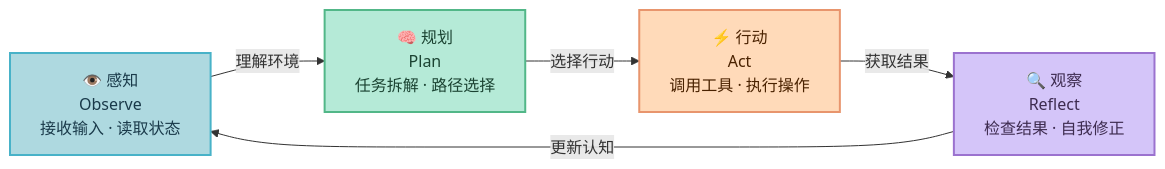
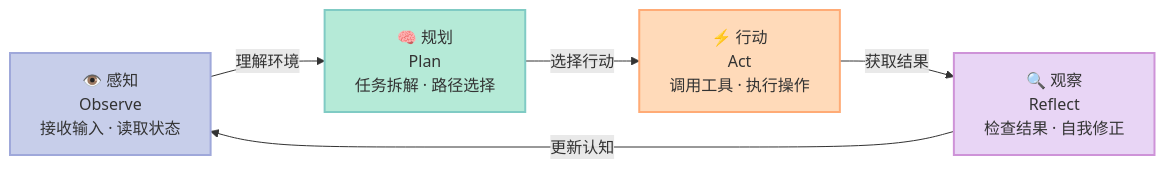
One commit to xuqi2024/xuqi2024.github.io changed the first of 5 diagrams in source/_posts/2026-04-14-ai-agent-principles-and-practice.md. Above: the diagram before and after it, drawn with Mermaid. The commit also changed other lines of this file and 23 other files, not shown here.

````diff
--- a/source/_posts/2026-04-14-ai-agent-principles-and-practice.md
+++ b/source/_posts/2026-04-14-ai-agent-principles-and-practice.md
@@ -45,17 +46,17 @@
 ```mermaid
 graph LR
     OB["👁️ 感知<br/>Observe<br/>接收输入 · 读取状态"]
     PL["🧠 规划<br/>Plan<br/>任务拆解 · 路径选择"]
     AC["⚡ 行动<br/>Act<br/>调用工具 · 执行操作"]
     RF["🔍 观察<br/>Reflect<br/>检查结果 · 自我修正"]
 
     OB -->|"理解环境"| PL
     PL -->|"选择行动"| AC
     AC -->|"获取结果"| RF
     RF -->|"更新认知"| OB
 
-    style OB fill:#AED9E0,color:#1A3A4A,stroke:#48B2C8,stroke-width:2px
-    style PL fill:#B5EAD7,color:#1B4332,stroke:#52B788,stroke-width:2px
-    style AC fill:#FFDAB9,color:#4A2200,stroke:#E8956D,stroke-width:2px
-    style RF fill:#D4C5F9,color:#3D2B4F,stroke:#9B72CF,stroke-width:2px
+    style OB fill:#C7CEEA,color:#333,stroke:#9FA8DA,stroke-width:2px
+    style PL fill:#B5EAD7,color:#333,stroke:#80CBC4,stroke-width:2px
+    style AC fill:#FFDAB9,color:#333,stroke:#FFAB76,stroke-width:2px
+    style RF fill:#E8D5F5,color:#333,stroke:#CE93D8,stroke-width:2px
 ```
````
